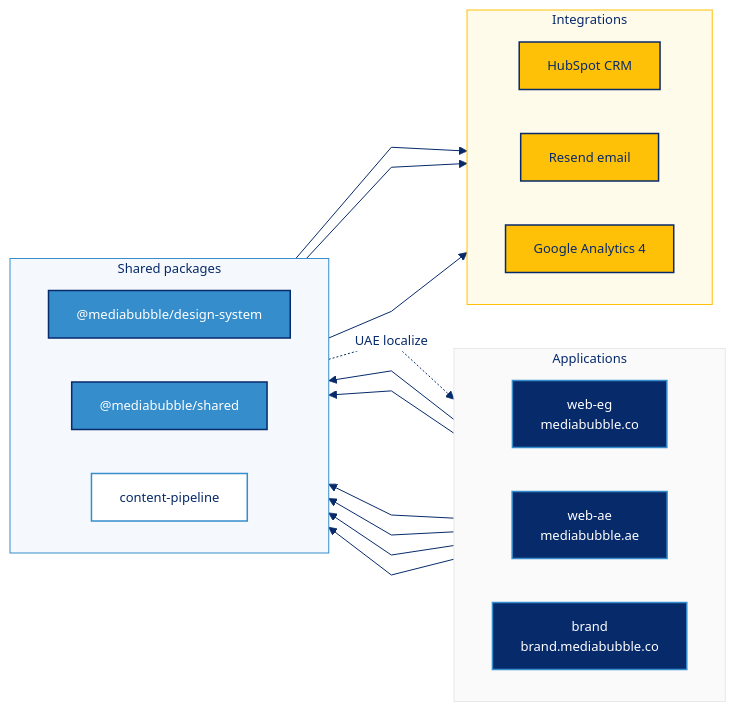
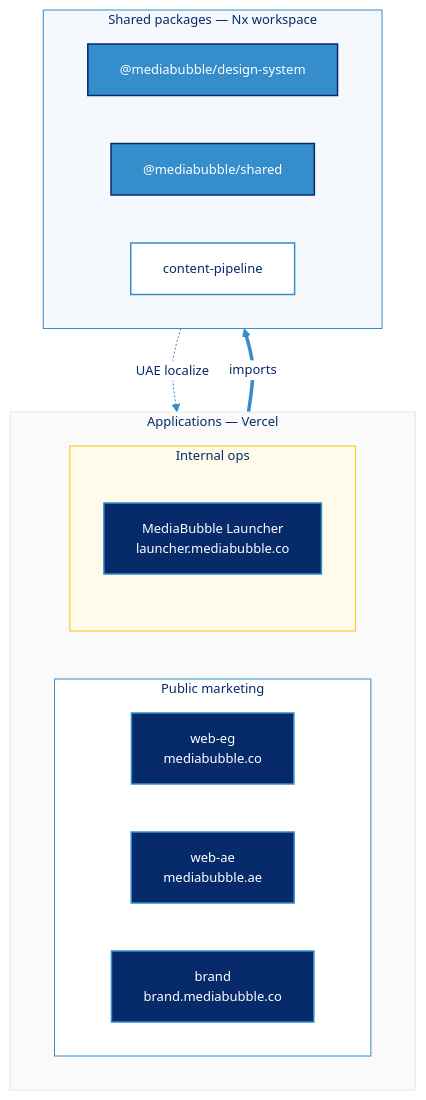
Before and after one commit to mediabubble-adv/mediaBubble: the first of 2 diagrams in packages/design-system/dist/README.md, drawn with Mermaid. The commit also changed other lines of this file and 164 other files, not shown here.

First line of the commit message:
feat(launcher): ship Phase 2 ops modules and client portal slice

````diff
--- a/packages/design-system/dist/README.md
+++ b/packages/design-system/dist/README.md
@@ -59,43 +97,39 @@
 ```mermaid
-%%{init: {"theme":"base","themeVariables":{"fontFamily":"Poppins, Inter, system-ui, sans-serif","fontSize":"13px","lineColor":"#072A6B","primaryTextColor":"#072A6B","primaryBorderColor":"#358DCC","clusterBkg":"#FAFAFA","clusterBorder":"#E8E8E8","titleColor":"#072A6B","edgeLabelBackground":"#FFFFFF"},"flowchart":{"curve":"linear","nodeSpacing":44,"rankSpacing":52,"padding":14,"diagramPadding":10}}}%%
-flowchart LR
-  subgraph apps ["Applications"]
+%%{init: {"theme":"base","themeVariables":{"fontFamily":"Poppins, Inter, system-ui, sans-serif","fontSize":"13px","lineColor":"#358DCC","primaryTextColor":"#072A6B","primaryBorderColor":"#358DCC","clusterBkg":"#FAFAFA","clusterBorder":"#E8E8E8","titleColor":"#072A6B","edgeLabelBackground":"#FFFFFF"},"flowchart":{"curve":"monotoneY","nodeSpacing":48,"rankSpacing":64,"padding":16}}}%%
+flowchart TB
+  subgraph apps ["Applications — Vercel"]
     direction LR
-    EG["web-eg<br/>mediabubble.co"]
-    AE["web-ae<br/>mediabubble.ae"]
-    BR["brand<br/>brand.mediabubble.co"]
+    subgraph public ["Public marketing"]
+      direction LR
+      EG["web-eg<br/>mediabubble.co"]
+      AE["web-ae<br/>mediabubble.ae"]
+      BR["brand<br/>brand.mediabubble.co"]
+    end
+    subgraph internal ["Internal ops"]
+      LA["MediaBubble Launcher<br/>launcher.mediabubble.co"]
+    end
   end
 
-  subgraph packages ["Shared packages"]
+  subgraph packages ["Shared packages — Nx workspace"]
     direction LR
     DS["@mediabubble/design-system"]
     SH["@mediabubble/shared"]
     CP["content-pipeline"]
   end
 
-  subgraph integrations ["Integrations"]
-    direction LR
-    HS["HubSpot CRM"]
-    RS["Resend email"]
-    GA["Google Analytics 4"]
-  end
-
-  EG & AE & BR --> DS
-  EG & AE & BR --> SH
+  apps ==>|imports| packages
   CP -.->|UAE localize| AE
-  SH --> HS & RS & GA
 
   classDef app fill:#072A6B,stroke:#358DCC,color:#FFFFFF,stroke-width:1.5px
   classDef pkg fill:#358DCC,stroke:#072A6B,color:#FFFFFF,stroke-width:1.5px
   classDef pipe fill:#FFFFFF,stroke:#358DCC,color:#072A6B,stroke-width:1.5px
-  classDef integration fill:#FFC107,stroke:#072A6B,color:#072A6B,stroke-width:1.5px
 
-  class EG,AE,BR app
+  class EG,AE,BR,LA app
   class DS,SH pkg
   class CP pipe
-  class HS,RS,GA integration
 
-  style apps fill:#FAFAFA,stroke:#E8E8E8,stroke-width:1px,color:#072A6B
-  style packages fill:#F5F8FC,stroke:#358DCC,stroke-width:1px,color:#072A6B
-  style integrations fill:#FFFBEB,stroke:#FFC107,stroke-width:1px,color:#072A6B
+  style apps fill:#FAFAFA,stroke:#E8E8E8,color:#072A6B
+  style public fill:#FFFFFF,stroke:#358DCC,color:#072A6B
+  style internal fill:#FFFBEB,stroke:#FFC107,color:#072A6B
+  style packages fill:#F5F8FC,stroke:#358DCC,color:#072A6B
 ```
````
